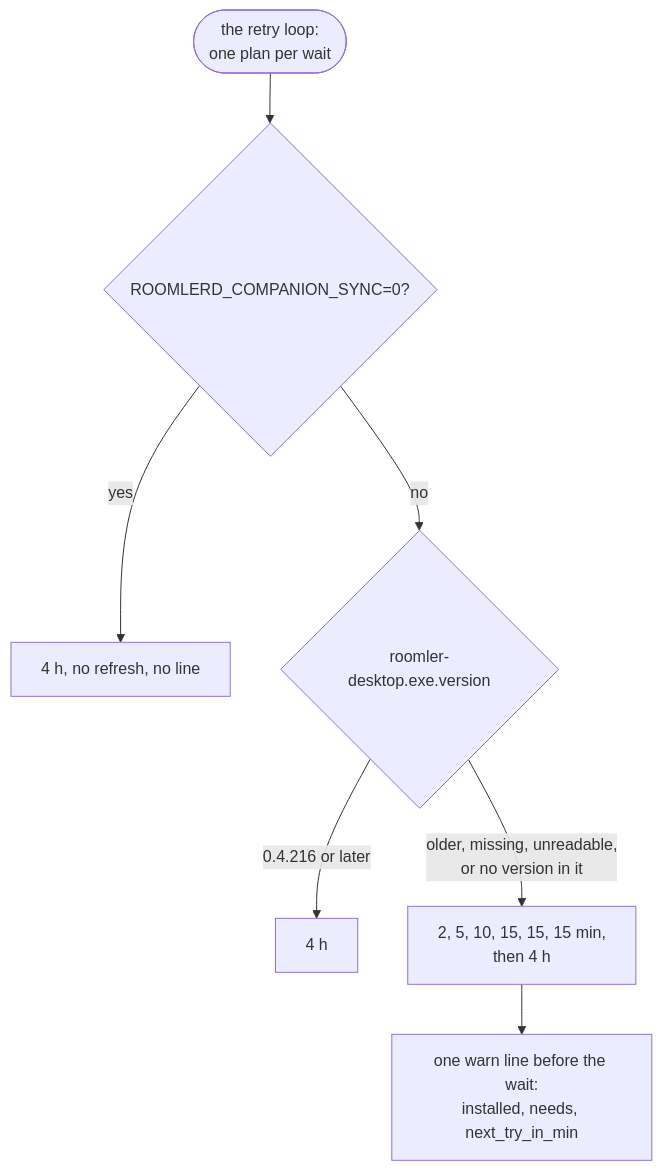
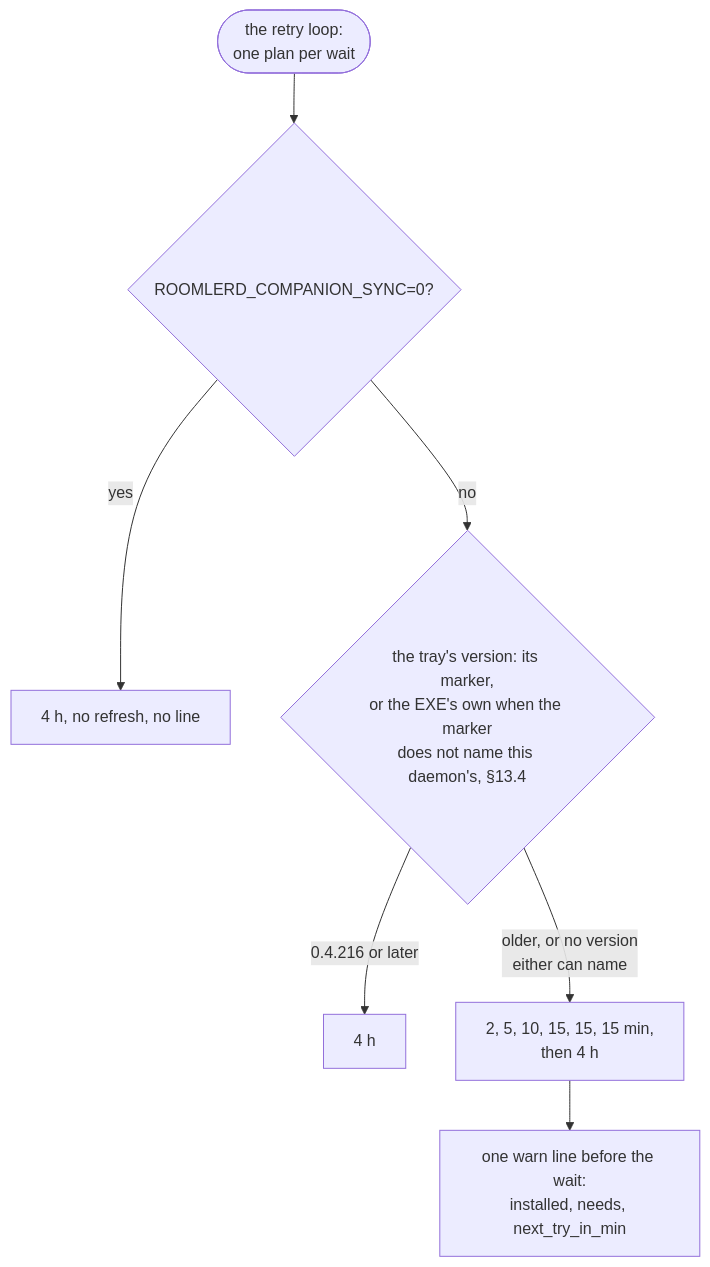
One commit to gjovanov/roomler-ai changed diagram 24 of 30 in docs/desktop-companion.md. Above: the diagram before and after it, drawn with Mermaid. The commit also changed other lines of this file and 17 other files, not shown here.

First line of the commit message:
docs(companion): the refresh's version check and its start in each session

````diff
--- a/docs/desktop-companion.md
+++ b/docs/desktop-companion.md
@@ -1858,9 +1858,9 @@
 ```mermaid
 flowchart TD
     W([the retry loop:<br/>one plan per wait]) --> K{ROOMLERD_COMPANION_SYNC=0?}
     K -->|yes| N[4 h, no refresh, no line]
-    K -->|no| M{roomler-desktop.exe.version}
+    K -->|no| M{the tray's version: its marker,<br/>or the EXE's own when the marker<br/>does not name this daemon's, §13.4}
     M -->|0.4.216 or later| R[4 h]
-    M -->|older, missing, unreadable,<br/>or no version in it| F[2, 5, 10, 15, 15, 15 min,<br/>then 4 h]
+    M -->|older, or no version<br/>either can name| F[2, 5, 10, 15, 15, 15 min,<br/>then 4 h]
     F --> L[one warn line before the wait:<br/>installed, needs, next_try_in_min]
 ```
````
